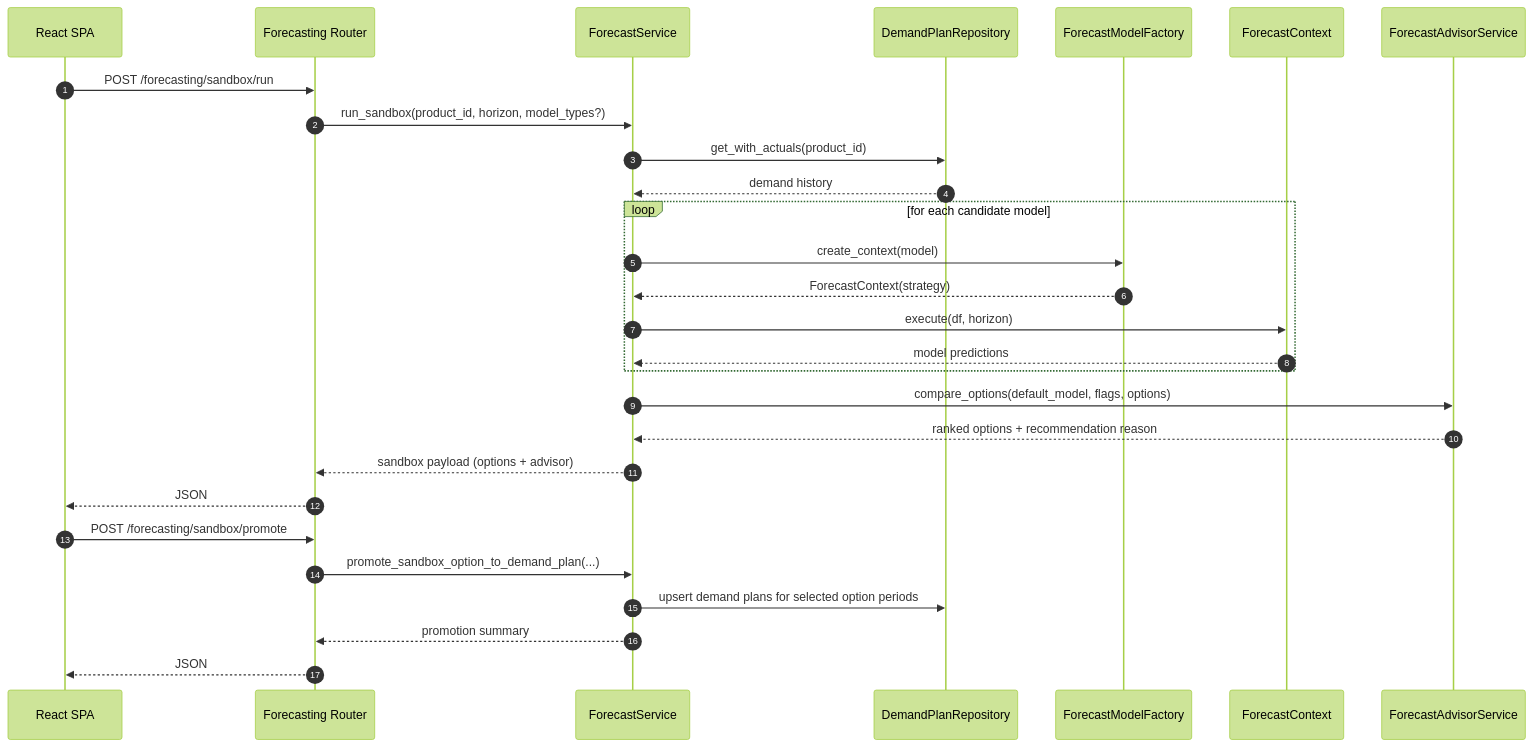
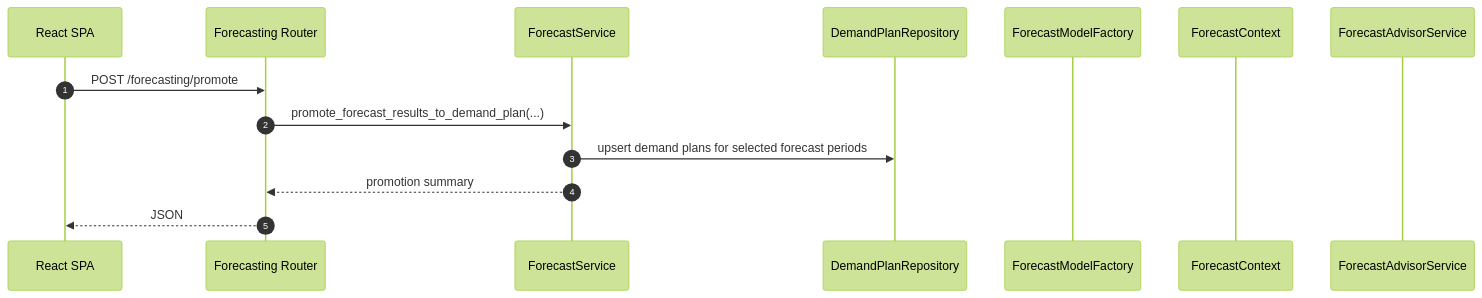
The third of 3 diagrams in docs/architecture/components-forecasting.md (genexsus-ai/GenXSOP), drawn with Mermaid (forest theme) before and after one commit. The commit also changed other lines of this file and 11 other files, not shown here.

````diff
--- a/docs/architecture/components-forecasting.md
+++ b/docs/architecture/components-forecasting.md
@@ -128,32 +128,17 @@
 ```mermaid
 sequenceDiagram
   autonumber
   participant SPA as React SPA
   participant R as Forecasting Router
   participant S as ForecastService
   participant DR as DemandPlanRepository
   participant F as ForecastModelFactory
   participant C as ForecastContext
   participant A as ForecastAdvisorService
 
-  SPA->>R: POST /forecasting/sandbox/run
-  R->>S: run_sandbox(product_id, horizon, model_types?)
-  S->>DR: get_with_actuals(product_id)
-  DR-->>S: demand history
-  loop for each candidate model
-    S->>F: create_context(model)
-    F-->>S: ForecastContext(strategy)
-    S->>C: execute(df, horizon)
-    C-->>S: model predictions
-  end
-  S->>A: compare_options(default_model, flags, options)
-  A-->>S: ranked options + recommendation reason
-  S-->>R: sandbox payload (options + advisor)
-  R-->>SPA: JSON
-
-  SPA->>R: POST /forecasting/sandbox/promote
-  R->>S: promote_sandbox_option_to_demand_plan(...)
-  S->>DR: upsert demand plans for selected option periods
+  SPA->>R: POST /forecasting/promote
+  R->>S: promote_forecast_results_to_demand_plan(...)
+  S->>DR: upsert demand plans for selected forecast periods
   S-->>R: promotion summary
   R-->>SPA: JSON
 ```
````
